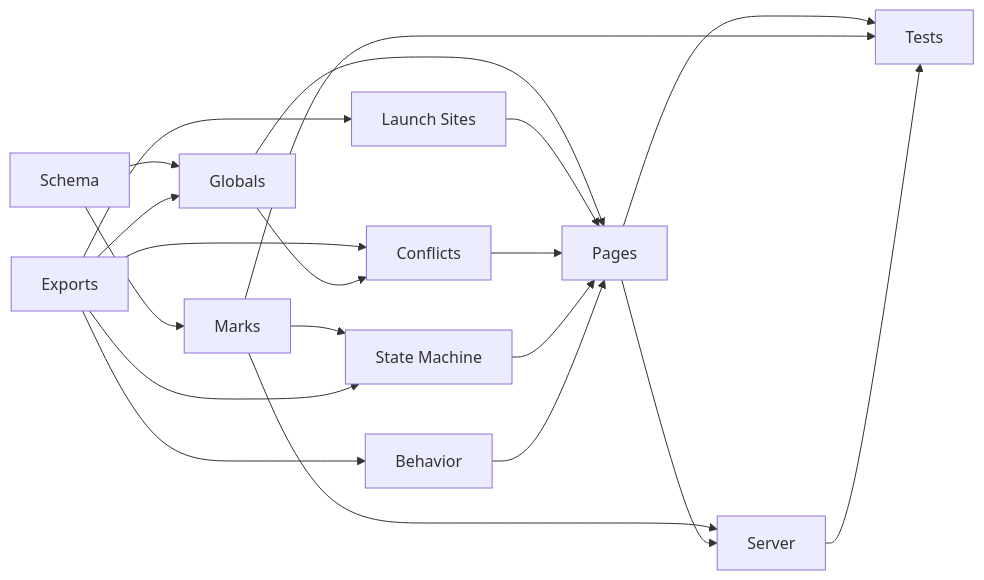
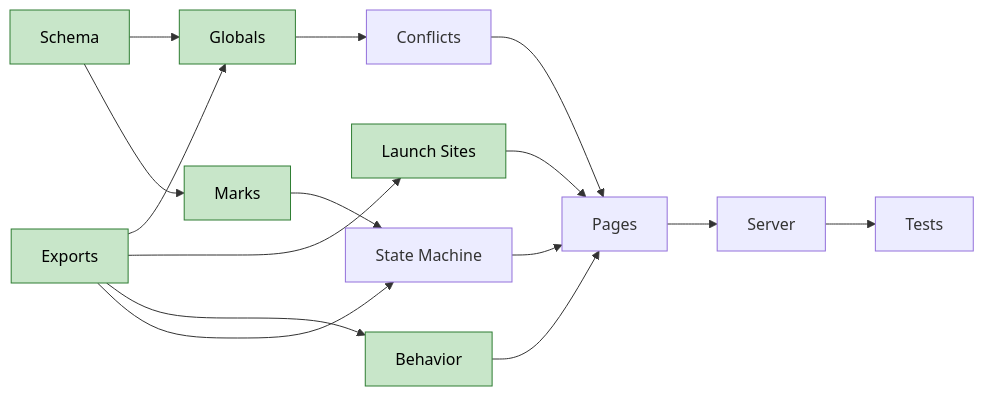
Before and after one commit to chances/eventide-chronicles: the third of 3 diagrams in .agents/plans/mission-baseline.md, drawn with Mermaid. The commit also changed other lines of this file and 15 other files, not shown here.

First line of the commit message:
Trace effects in mission charts, Optimize generation of effect traces

````diff
--- a/.agents/plans/mission-baseline.md
+++ b/.agents/plans/mission-baseline.md
@@ -211,22 +210,21 @@
 ```mermaid
-graph LR
+flowchart LR
     Schema --> Globals
     Schema --> Marks
     Exports --> Globals
     Exports --> LaunchSites["Launch Sites"]
-    Exports --> Conflicts
     Exports --> Behavior
+    Exports --> StateMachine["State Machine"]
     Globals --> Conflicts
-    Marks --> StateMachine["State Machine"]
-    Exports --> StateMachine
-    Globals --> Pages
+    Marks --> StateMachine
     LaunchSites --> Pages
     Conflicts --> Pages
     StateMachine --> Pages
     Behavior --> Pages
-    Marks --> Server
     Pages --> Server
-    Pages --> Tests
-    Marks --> Tests
     Server --> Tests
+    classDef done fill:#c8e6c9,stroke:#2e7d32,color:#000
+    class Schema,Exports,Globals,LaunchSites,Marks done
+    class Behavior done
+    classDef wip fill:#fff9c4,stroke:#f9a825,color:#000
 ```
````
